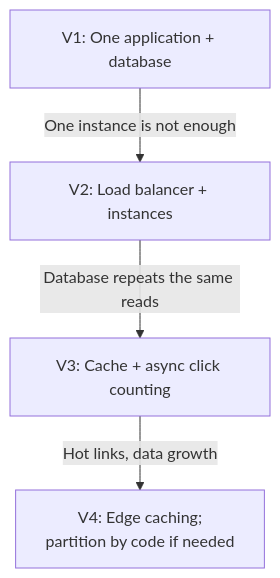
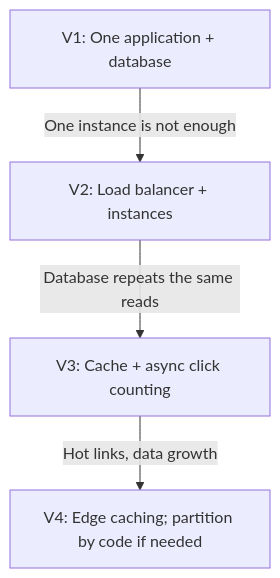
Before and after one commit to gitussr/systemly: the seventh of 7 diagrams in content/12-case-studies/12.01-url-shortener.md, drawn with Mermaid. The commit also changed 5 other files, not shown here.

First line of the commit message:
Level 12: drop manual line breaks in long diagram labels

````diff
--- a/content/12-case-studies/12.01-url-shortener.md
+++ b/content/12-case-studies/12.01-url-shortener.md
@@ -564,8 +564,8 @@
 ```mermaid
 flowchart TD
   accTitle: How the URL shortener evolves
   accDescr: V1 is one application and a database. V2 adds a load balancer and several instances when one instance is not enough. V3 adds a cache and asynchronous click counting when the database repeats the same reads. V4 adds edge caching for hot links and partitions by code only if data size or write volume requires it.
   V1["V1: One application + database"] -->|"One instance is not enough"| V2["V2: Load balancer + instances"]
   V2 -->|"Database repeats the same reads"| V3["V3: Cache + async click counting"]
-  V3 -->|"Hot links, data growth"| V4["V4: Edge caching;<br/>partition by code if needed"]
+  V3 -->|"Hot links, data growth"| V4["V4: Edge caching; partition by code if needed"]
 ```
````
